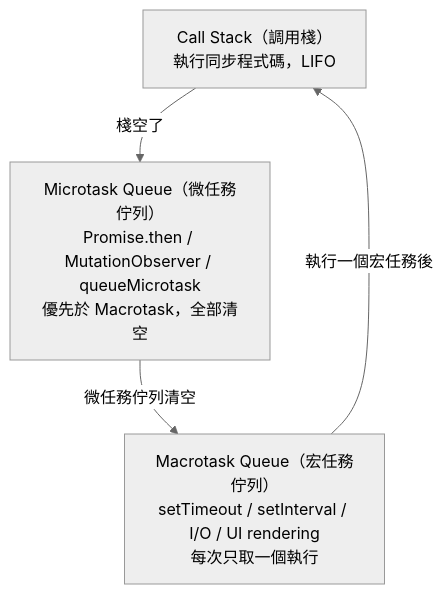
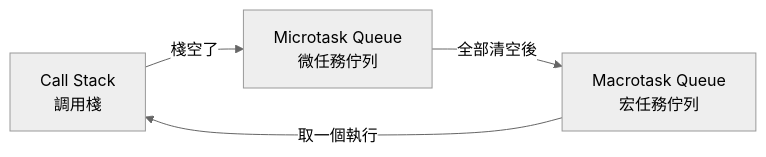
The diagram in docs/fundamentals/frontend/browser-rendering.md (AnthonyFuFu/StudyNotes), drawn with Mermaid (neutral theme) before and after one commit. The commit also changed other lines of this file and 43 other files, not shown here.

````diff
--- a/docs/fundamentals/frontend/browser-rendering.md
+++ b/docs/fundamentals/frontend/browser-rendering.md
@@ -93,9 +93,6 @@
 ``` mermaid
-flowchart TB
-    CS["Call Stack（調用棧）<br>執行同步程式碼，LIFO"]
-    MI["Microtask Queue（微任務佇列）<br>Promise.then / MutationObserver / queueMicrotask<br>優先於 Macrotask，全部清空"]
-    MA["Macrotask Queue（宏任務佇列）<br>setTimeout / setInterval / I/O / UI rendering<br>每次只取一個執行"]
-    CS -- "棧空了" --> MI
-    MI -- "微任務佇列清空" --> MA
-    MA -- "執行一個宏任務後" --> CS
+flowchart LR
+    CS["Call Stack<br>調用棧"] -- "棧空了" --> MI["Microtask Queue<br>微任務佇列"]
+    MI -- "全部清空後" --> MA["Macrotask Queue<br>宏任務佇列"]
+    MA -- "取一個執行" --> CS
 ```
````
